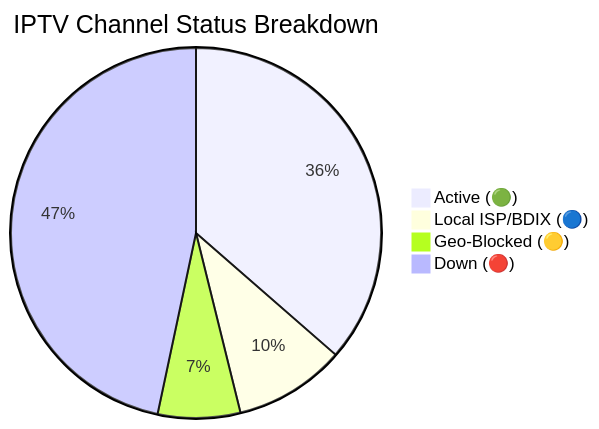
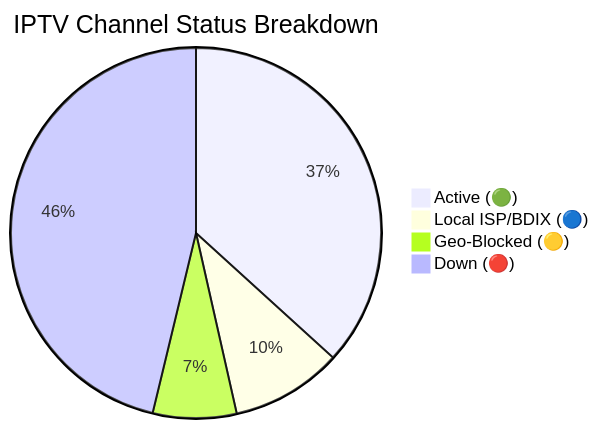
The diagram in README.md (andreataylord/Ip-tv-Collection), drawn with Mermaid before and after one commit. The commit also changed other lines of this file and 1 other file, not shown here.

Commit message:
docs(readme): auto-update daily channel status chart

````diff
--- a/README.md
+++ b/README.md
@@ -59,7 +59,7 @@
 ```mermaid
 pie title IPTV Channel Status Breakdown
-    "Active (🟢)" : 2880
+    "Active (🟢)" : 2906
     "Local ISP/BDIX (🔵)" : 769
-    "Geo-Blocked (🟡)" : 569
-    "Down (🔴)" : 3691
+    "Geo-Blocked (🟡)" : 577
+    "Down (🔴)" : 3657
 ```
````
